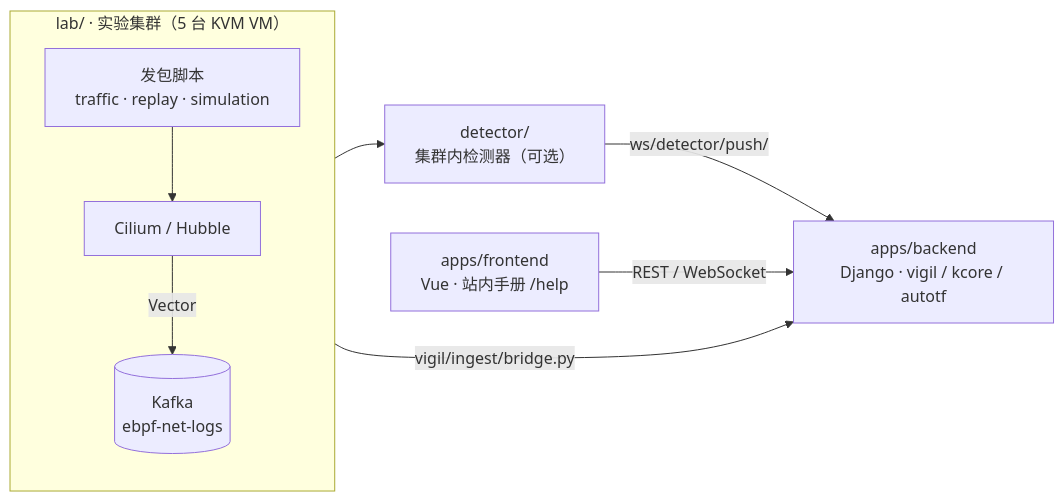
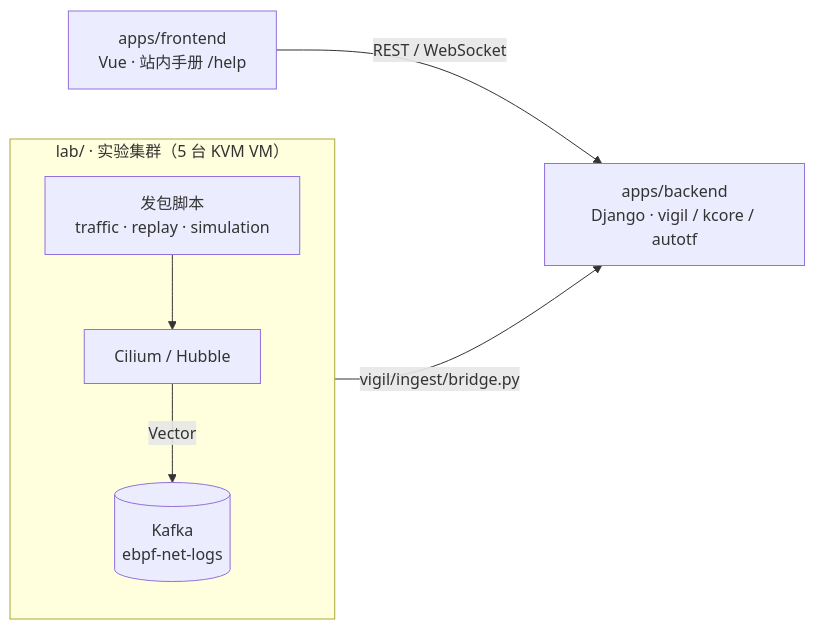
One commit to knet-lab/knettf changed the first of 2 diagrams in README.md. Above: the diagram before and after it, drawn with Mermaid. The commit also changed other lines of this file and 21 other files, not shown here.

````diff
--- a/README.md
+++ b/README.md
@@ -9,16 +9,14 @@
 ```mermaid
 flowchart LR
     subgraph LAB["lab/ · 实验集群（5 台 KVM VM）"]
         direction TB
         TR["发包脚本<br/>traffic · replay · simulation"]
         CIL["Cilium / Hubble"]
         KAF[("Kafka<br/>ebpf-net-logs")]
         TR --> CIL -- "Vector" --> KAF
     end
-    DET["detector/<br/>集群内检测器（可选）"]
     BE["apps/backend<br/>Django · vigil / kcore / autotf"]
     FE["apps/frontend<br/>Vue · 站内手册 /help"]
     KAF -- "vigil/ingest/bridge.py" --> BE
-    KAF --> DET -- "ws/detector/push/" --> BE
     FE -- "REST / WebSocket" --> BE
 ```
````
